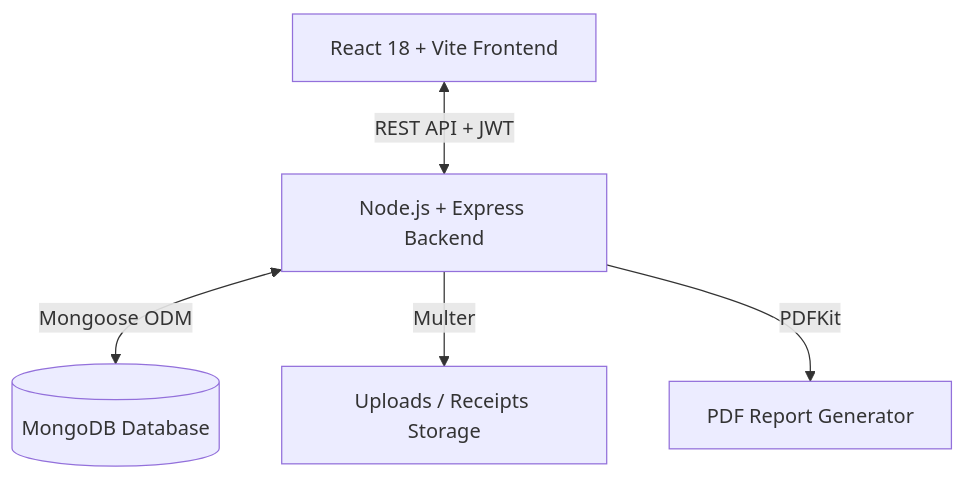
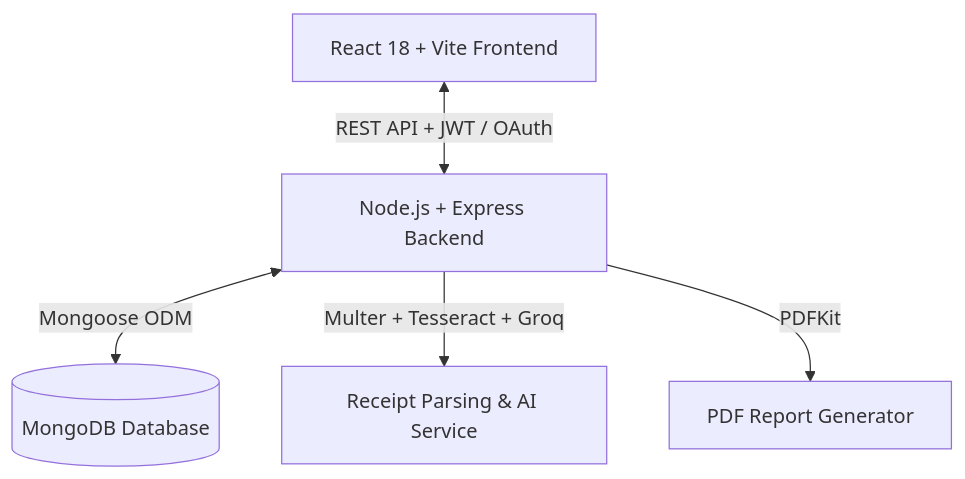
One commit to Rushikesh678/nexustrip changed the second of 2 diagrams in README.md. Above: the diagram before and after it, drawn with Mermaid. The commit also changed other lines of this file, not shown here.

Commit message:
docs: update README with AI bill scanner, Google OAuth, and INR UPI integration details

````diff
--- a/README.md
+++ b/README.md
@@ -98,7 +141,7 @@
 ```mermaid
 flowchart TD
-    Client[React 18 + Vite Frontend] <-->|REST API + JWT| Server[Node.js + Express Backend]
+    Client[React 18 + Vite Frontend] <-->|REST API + JWT / OAuth| Server[Node.js + Express Backend]
     Server <-->|Mongoose ODM| DB[(MongoDB Database)]
-    Server -->|Multer| Uploads[Uploads / Receipts Storage]
+    Server -->|Multer + Tesseract + Groq| OCR[Receipt Parsing & AI Service]
     Server -->|PDFKit| Reports[PDF Report Generator]
 ```
````
